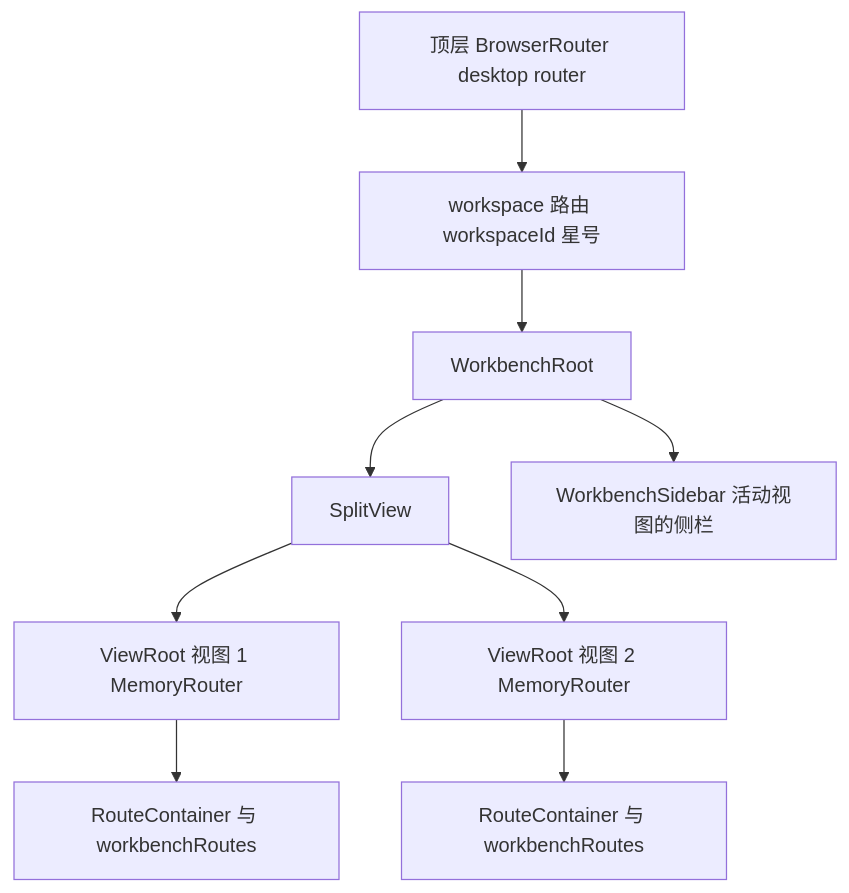
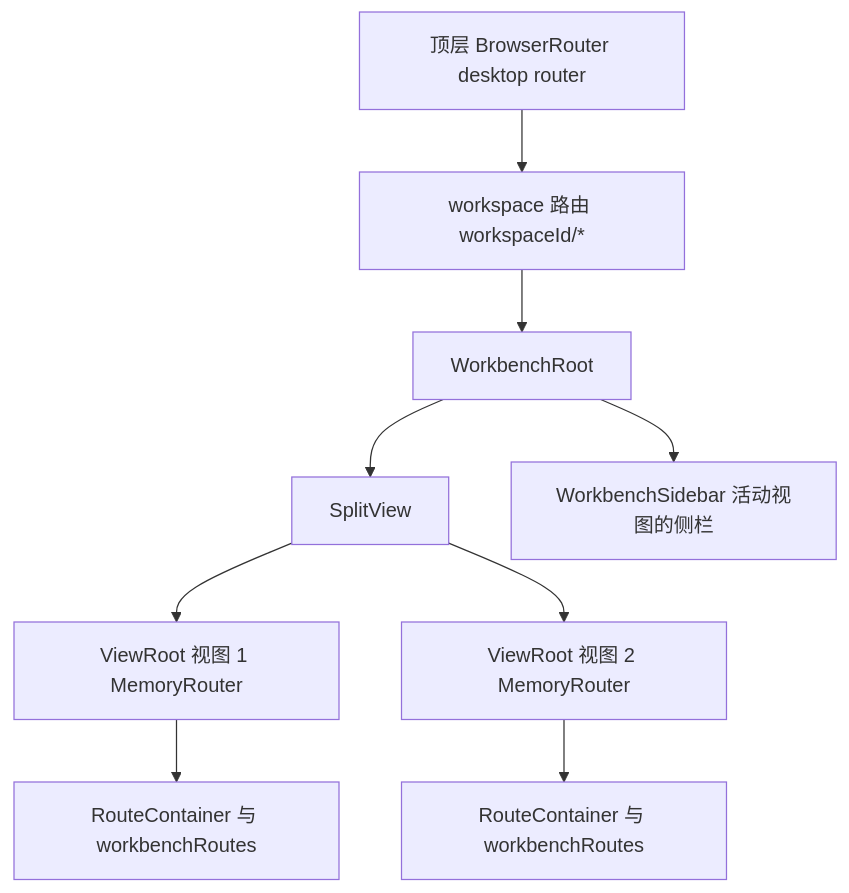
Before and after one commit to lfire/AFFiNE: the sixth of 7 diagrams in learning-guide/slides/decks/17.md, drawn with Mermaid. The commit also changed other lines of this file and 46 other files, not shown here.

````diff
--- a/learning-guide/slides/decks/17.md
+++ b/learning-guide/slides/decks/17.md
@@ -330,11 +496,11 @@
 ```mermaid
 flowchart TB
-  BR[顶层 BrowserRouter desktop router] --> WSR[workspace 路由 workspaceId 星号]
-  WSR --> WBR[WorkbenchRoot]
-  WBR --> SV[SplitView]
-  SV --> V1[ViewRoot 视图 1 MemoryRouter]
-  SV --> V2[ViewRoot 视图 2 MemoryRouter]
-  V1 --> RC1[RouteContainer 与 workbenchRoutes]
-  V2 --> RC2[RouteContainer 与 workbenchRoutes]
-  WBR --> SB[WorkbenchSidebar 活动视图的侧栏]
+  BR["顶层 BrowserRouter desktop router"] --> WSR["workspace 路由 workspaceId/*"]
+  WSR --> WBR["WorkbenchRoot"]
+  WBR --> SV["SplitView"]
+  SV --> V1["ViewRoot 视图 1 MemoryRouter"]
+  SV --> V2["ViewRoot 视图 2 MemoryRouter"]
+  V1 --> RC1["RouteContainer 与 workbenchRoutes"]
+  V2 --> RC2["RouteContainer 与 workbenchRoutes"]
+  WBR --> SB["WorkbenchSidebar 活动视图的侧栏"]
 ```
````
